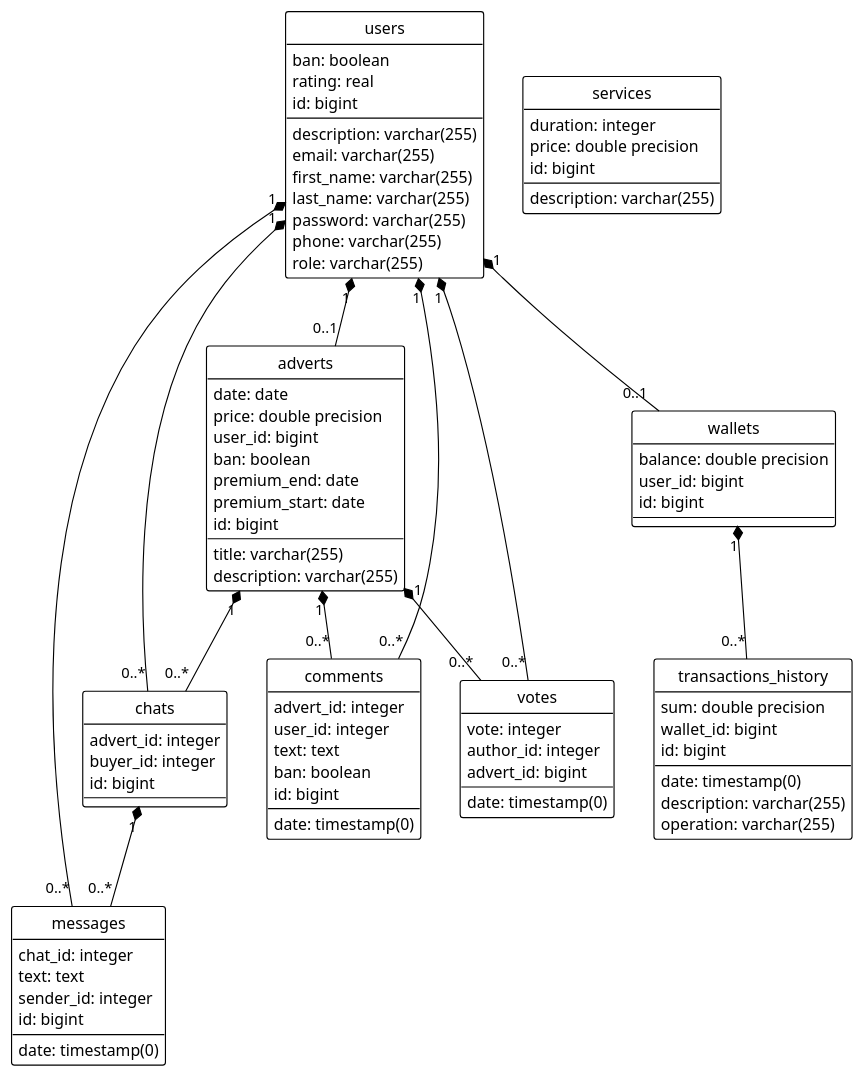
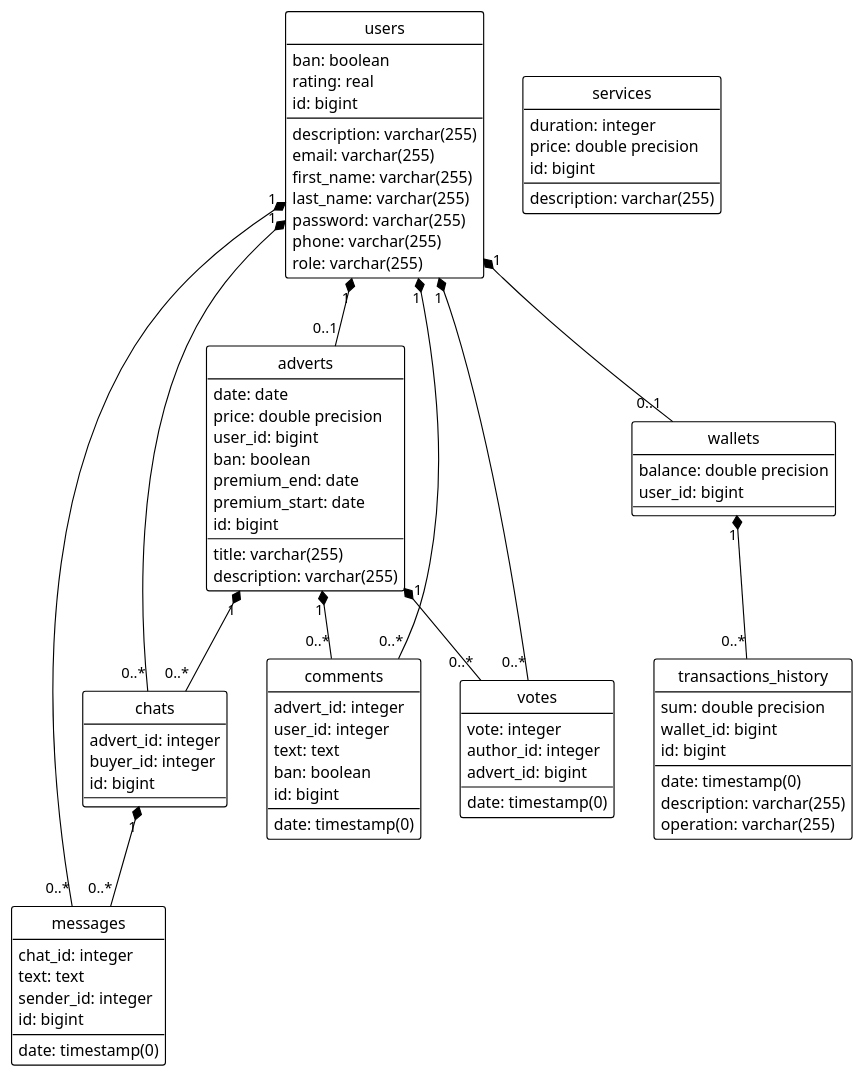
The diagram in final/bd.plantuml (Lanzof/advertisement-service), drawn with PlantUML before and after one commit. The commit also changed 3 other files, not shown here.

```diff
--- a/final/bd.plantuml
+++ b/final/bd.plantuml
@@ -1,88 +1,87 @@
 @startuml
 hide circle
 !theme plain
 
 class adverts {
    title: varchar(255)
    description: varchar(255)
    date: date
    price: double precision
    user_id: bigint
    ban: boolean
    premium_end: date
    premium_start: date
    id: bigint
 }
 class chats {
    advert_id: integer
    buyer_id: integer
    id: bigint
 }
 class comments {
    advert_id: integer
    user_id: integer
    date: timestamp(0)
    text: text
    ban: boolean
    id: bigint
 }
 class messages {
    chat_id: integer
    text: text
    date: timestamp(0)
    sender_id: integer
    id: bigint
 }
 class services {
    description: varchar(255)
    duration: integer
    price: double precision
    id: bigint
 }
 class transactions_history {
    date: timestamp(0)
    description: varchar(255)
    operation: varchar(255)
    sum: double precision
    wallet_id: bigint
    id: bigint
 }
 class users {
    ban: boolean
    description: varchar(255)
    email: varchar(255)
    first_name: varchar(255)
    last_name: varchar(255)
    password: varchar(255)
    phone: varchar(255)
    rating: real
    role: varchar(255)
    id: bigint
 }
 class votes {
    date: timestamp(0)
    vote: integer
    author_id: integer
    advert_id: bigint
 }
 class wallets {
    balance: double precision
    user_id: bigint
-   id: bigint
 }
 
 users "1" *-- "0..1" wallets
 users "1" *-- "0..1" adverts
 wallets "1" *-- "0..*" transactions_history 
 
 chats "1" *-- "0..*" messages
 adverts "1" *-- "0..*" chats
 users "1" *-- "0..*" chats
 users "1" *-- "0..*" messages
 
 adverts "1" *-- "0..*" comments
 users "1" *-- "0..*" comments
 
 adverts "1" *-- "0..*" votes
 users "1" *-- "0..*" votes
 @enduml
```
